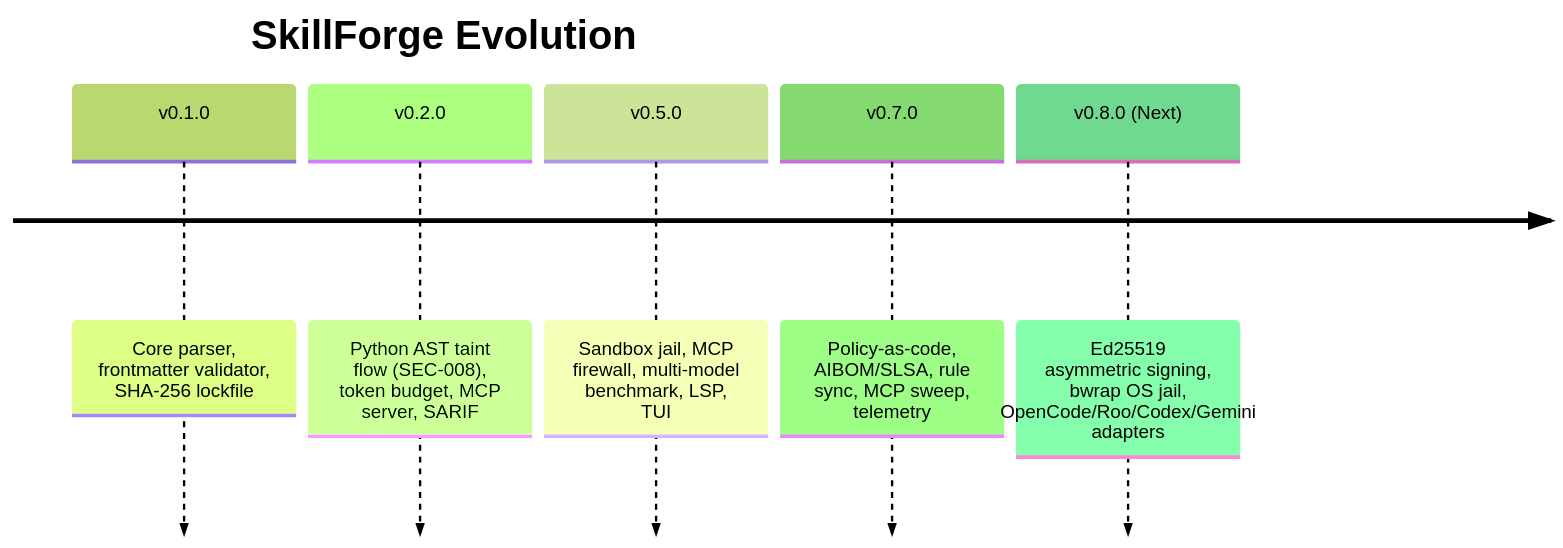
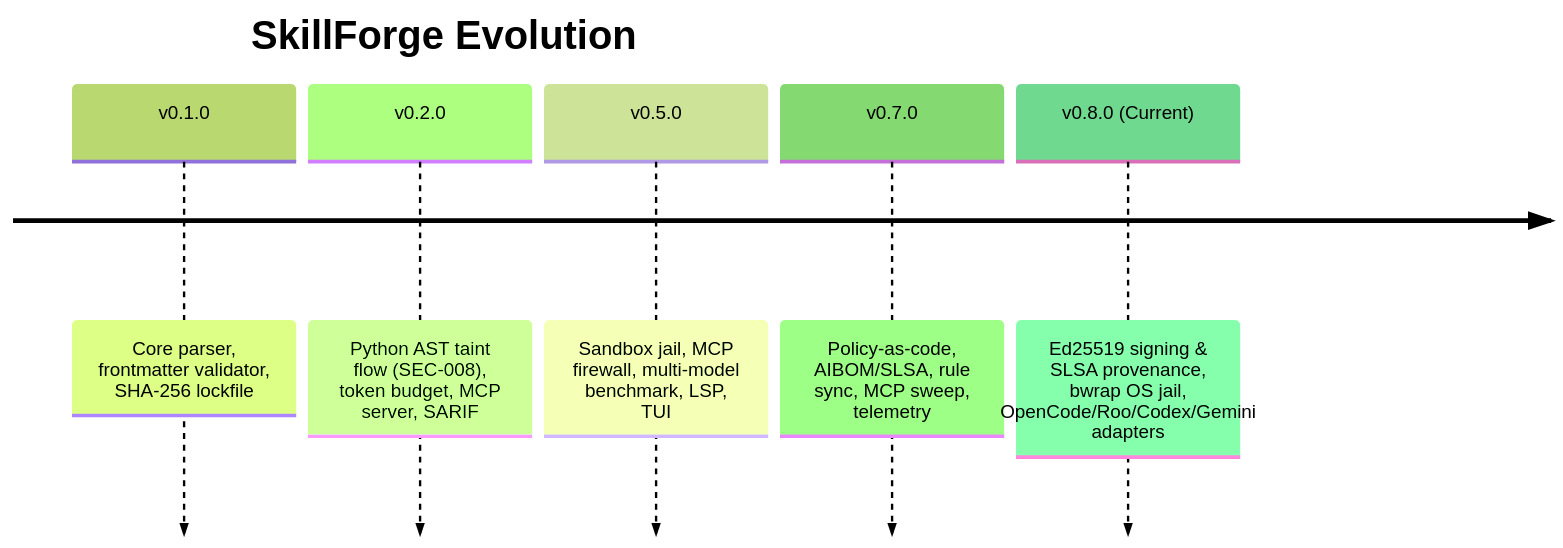
One commit to gintingism/skillforge changed the diagram in wiki/Roadmap-and-Status.md. Above: the diagram before and after it, drawn with Mermaid (forest theme). The commit also changed other lines of this file and 10 other files, not shown here.

Commit message:
chore(release): bump version to v0.8.0 and update README, CHANGELOG, and roadmap

````diff
--- a/wiki/Roadmap-and-Status.md
+++ b/wiki/Roadmap-and-Status.md
@@ -18,9 +18,9 @@
 ```mermaid
 timeline
     title SkillForge Evolution
     v0.1.0 : Core parser, frontmatter validator, SHA-256 lockfile
     v0.2.0 : Python AST taint flow (SEC-008), token budget, MCP server, SARIF
     v0.5.0 : Sandbox jail, MCP firewall, multi-model benchmark, LSP, TUI
     v0.7.0 : Policy-as-code, AIBOM/SLSA, rule sync, MCP sweep, telemetry
-    v0.8.0 (Next) : Ed25519 asymmetric signing, bwrap OS jail, OpenCode/Roo/Codex/Gemini adapters
+    v0.8.0 (Current) : Ed25519 signing & SLSA provenance, bwrap OS jail, OpenCode/Roo/Codex/Gemini adapters
 ```
````
